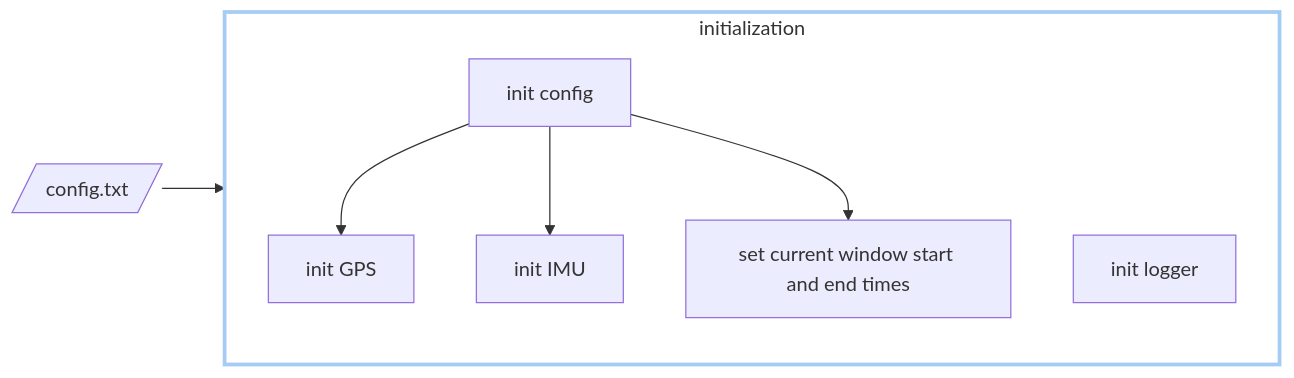
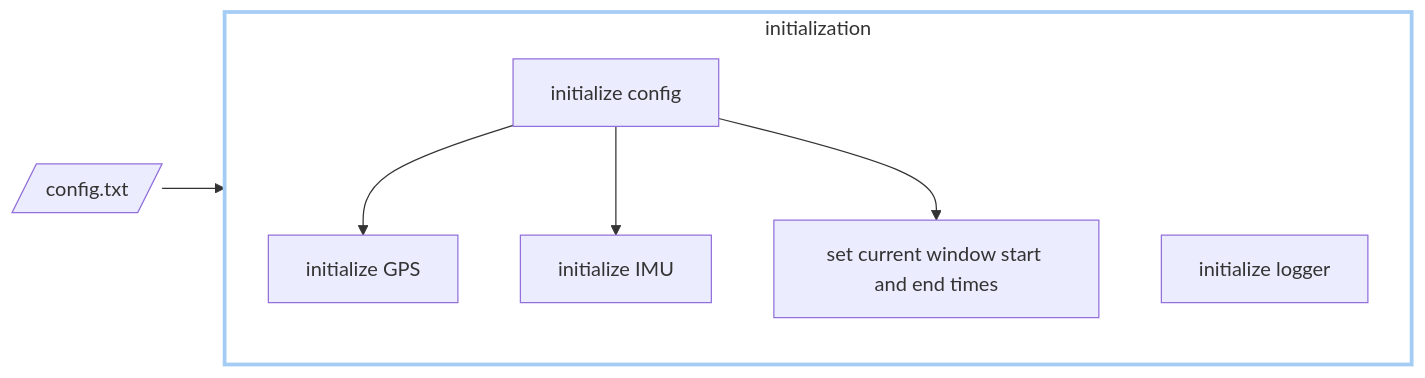
Before and after one commit to SASlabgroup/microSWIFT: the fourth of 7 diagrams in doc/Design.md, drawn with Mermaid. The commit also changed other lines of this file, not shown here.

````diff
--- a/doc/Design.md
+++ b/doc/Design.md
@@ -145,13 +145,13 @@
 ```mermaid
 flowchart LR
-    user_config[/config.txt/]-->config["init config"];
+    user_config[/config.txt/]-->config["initialize config"];
     subgraph initialization
         direction TB
-        logger["init logger"]
-        config-->gps["init GPS"] & imu["init IMU"] & set_time["set current window start and end times"];
+        logger["initialize logger"]
+        config-->gps["initialize GPS"] & imu["initialize IMU"] & set_time["set current window start and end times"];
     end
 
     classDef blue fill:#FFFFFF,stroke:#a4ccf5,stroke-width:3px
     class initialization blue
 
 ```
````
